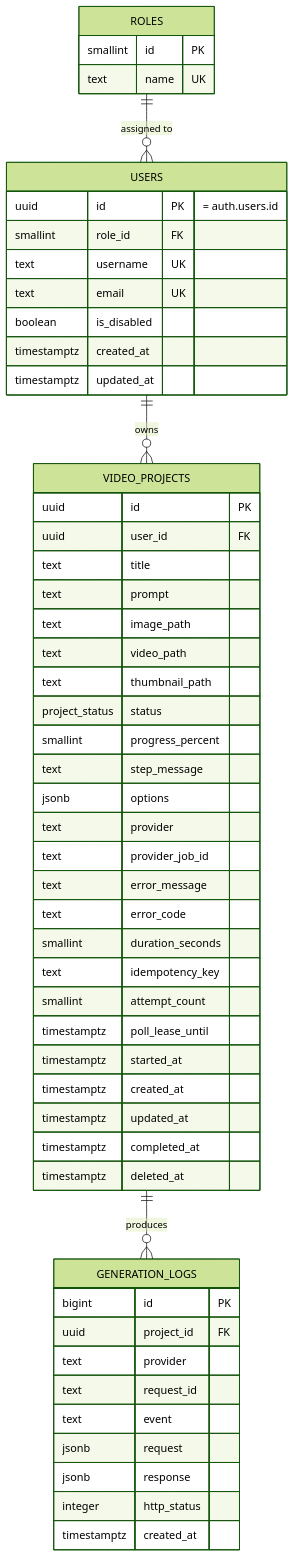
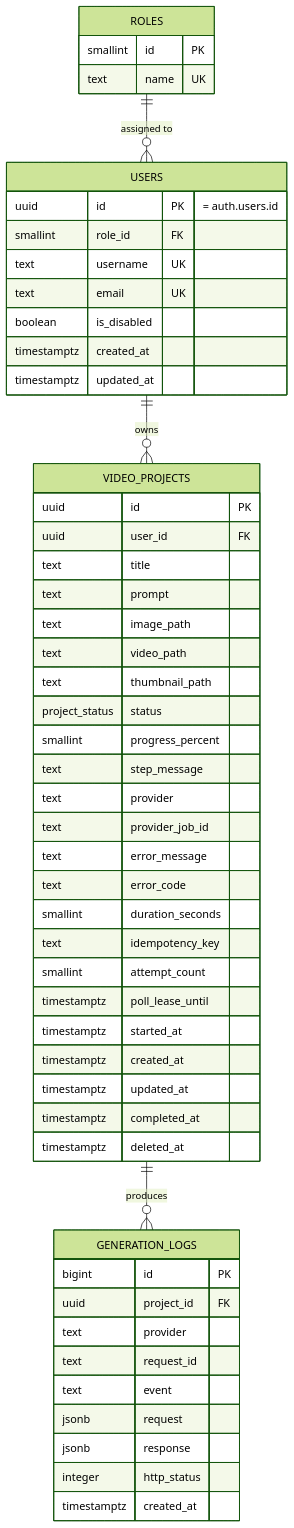
One commit to S0ra1n0/Cretona changed the diagram in docs/DATA_MODEL.md. Above: the diagram before and after it, drawn with Mermaid (forest theme). The commit also changed other lines of this file and 2 other files, not shown here.

````diff
--- a/docs/DATA_MODEL.md
+++ b/docs/DATA_MODEL.md
@@ -9,57 +9,56 @@
 ```mermaid
 erDiagram
     ROLES ||--o{ USERS : "assigned to"
     USERS ||--o{ VIDEO_PROJECTS : owns
     VIDEO_PROJECTS ||--o{ GENERATION_LOGS : produces
 
     ROLES {
         smallint id PK
         text name UK
     }
     USERS {
         uuid id PK "= auth.users.id"
         smallint role_id FK
         text username UK
         text email UK
         boolean is_disabled
         timestamptz created_at
         timestamptz updated_at
     }
     VIDEO_PROJECTS {
         uuid id PK
         uuid user_id FK
         text title
         text prompt
         text image_path
         text video_path
         text thumbnail_path
         project_status status
         smallint progress_percent
         text step_message
-        jsonb options
         text provider
         text provider_job_id
         text error_message
         text error_code
         smallint duration_seconds
         text idempotency_key
         smallint attempt_count
         timestamptz poll_lease_until
         timestamptz started_at
         timestamptz created_at
         timestamptz updated_at
         timestamptz completed_at
         timestamptz deleted_at
     }
     GENERATION_LOGS {
         bigint id PK
         uuid project_id FK
         text provider
         text request_id
         text event
         jsonb request
         jsonb response
         integer http_status
         timestamptz created_at
     }
 ```
````
